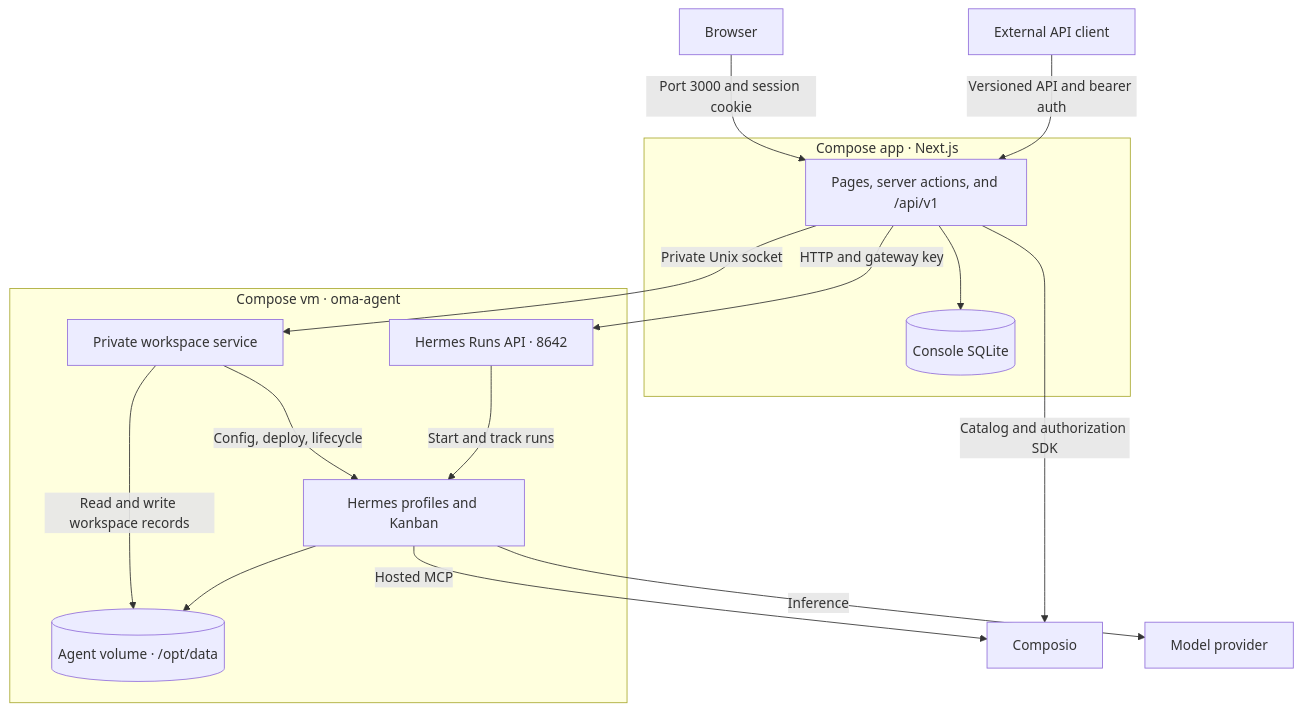
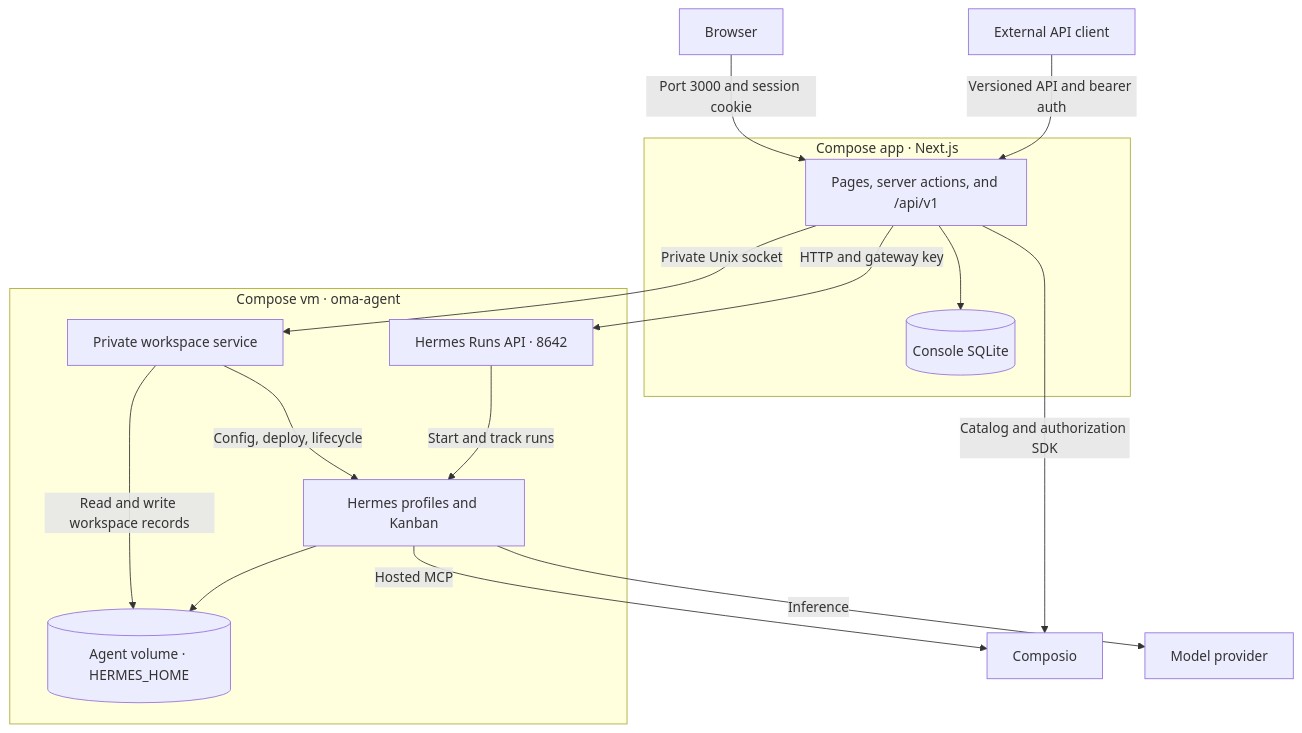
The first of 7 diagrams in docs/architecture.md (openmarketing-agency/openmarketing.agency), drawn with Mermaid before and after one commit. The commit also changed other lines of this file and 5 other files, not shown here.

Commit message:
fix(vm): configure the data root through HERMES_HOME

````diff
--- a/docs/architecture.md
+++ b/docs/architecture.md
@@ -17,30 +17,30 @@
 ```mermaid
 flowchart TB
     Browser["Browser"]
     Client["External API client"]
 
     subgraph App["Compose app · Next.js"]
         Next["Pages, server actions, and /api/v1"]
         DB[("Console SQLite")]
         Next --> DB
     end
 
     subgraph VM["Compose vm · oma-agent"]
         WS["Private workspace service"]
         Runs["Hermes Runs API · 8642"]
         Runtime["Hermes profiles and Kanban"]
-        Data[("Agent volume · /opt/data")]
+        Data[("Agent volume · HERMES_HOME")]
         WS -->|"Config, deploy, lifecycle"| Runtime
         WS -->|"Read and write workspace records"| Data
         Runs -->|"Start and track runs"| Runtime
         Runtime --> Data
     end
 
     Browser -->|"Port 3000 and session cookie"| Next
     Client -->|"Versioned API and bearer auth"| Next
     Next -->|"Private Unix socket"| WS
     Next -->|"HTTP and gateway key"| Runs
     Next -->|"Catalog and authorization SDK"| Composio["Composio"]
     Runtime -->|"Hosted MCP"| Composio
     Runtime -->|"Inference"| Provider["Model provider"]
 ```
````
